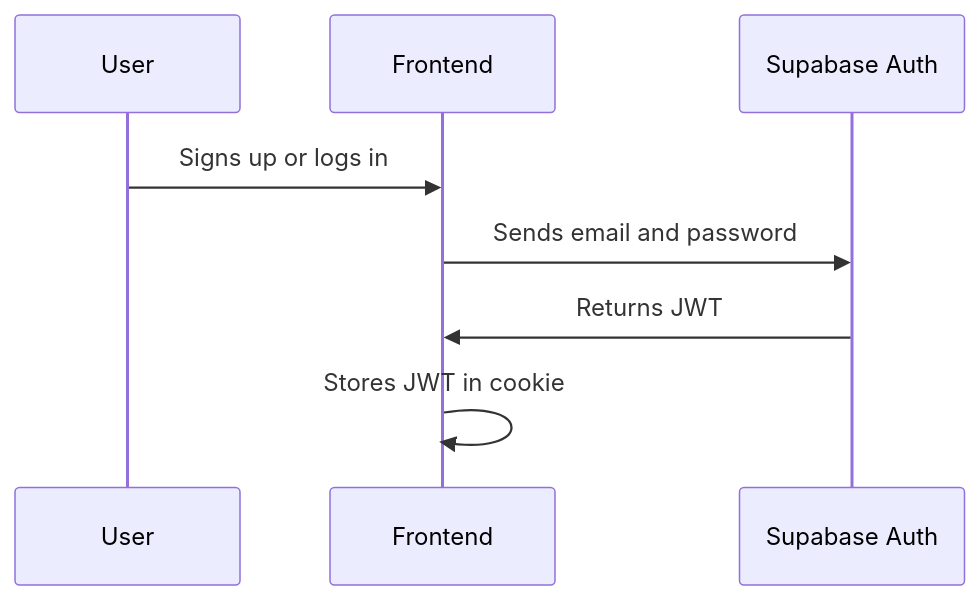
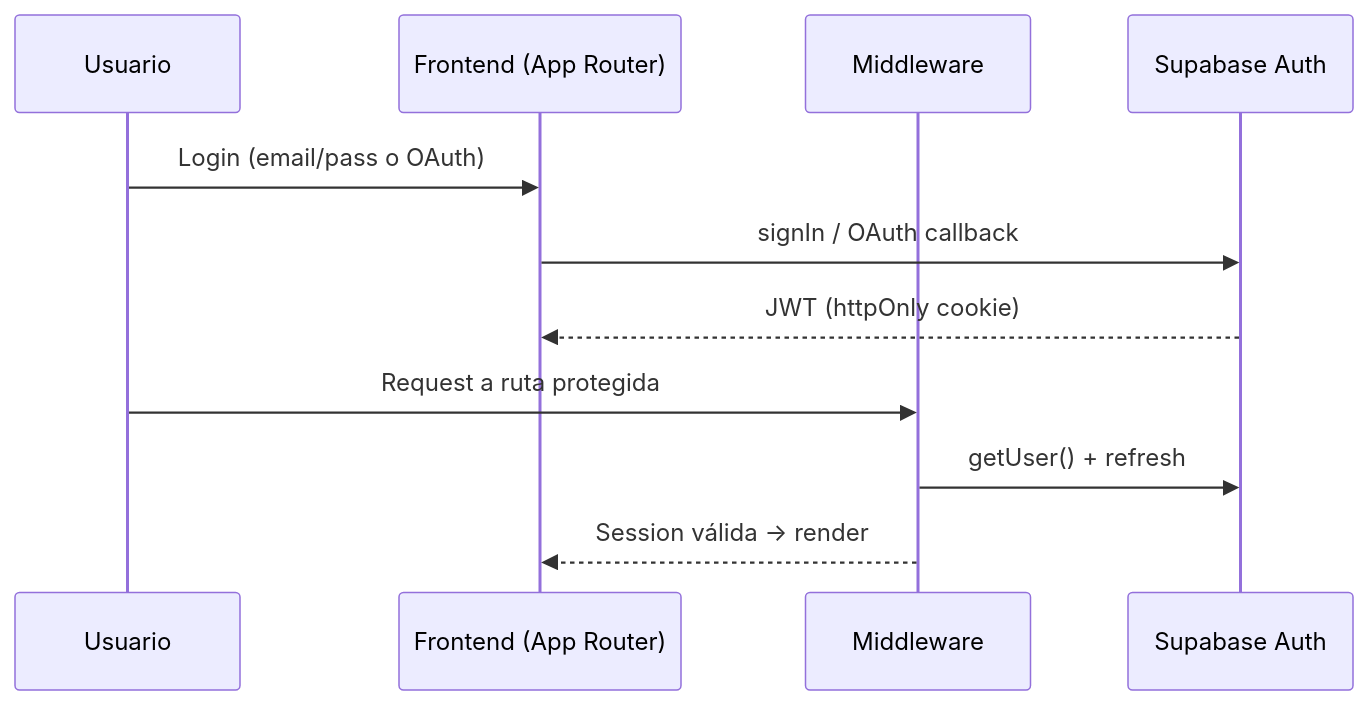
The first of 2 diagrams in Documentation/ARCHITECTURE.md (aticllachoque-cyber/telopillo), drawn with Mermaid before and after one commit. The commit also changed other lines of this file and 63 other files, not shown here.

````diff
--- a/Documentation/ARCHITECTURE.md
+++ b/Documentation/ARCHITECTURE.md
@@ -32,10 +57,13 @@
 ```mermaid
 sequenceDiagram
-    participant User
-    participant Frontend
-    participant Supabase Auth
-    User->>Frontend: Signs up or logs in
-    Frontend->>Supabase Auth: Sends email and password
-    Supabase Auth->>Frontend: Returns JWT
-    Frontend->>Frontend: Stores JWT in cookie
+    participant U as Usuario
+    participant F as Frontend (App Router)
+    participant M as Middleware
+    participant S as Supabase Auth
+    U->>F: Login (email/pass o OAuth)
+    F->>S: signIn / OAuth callback
+    S-->>F: JWT (httpOnly cookie)
+    U->>M: Request a ruta protegida
+    M->>S: getUser() + refresh
+    M-->>F: Session válida → render
 ```
````
